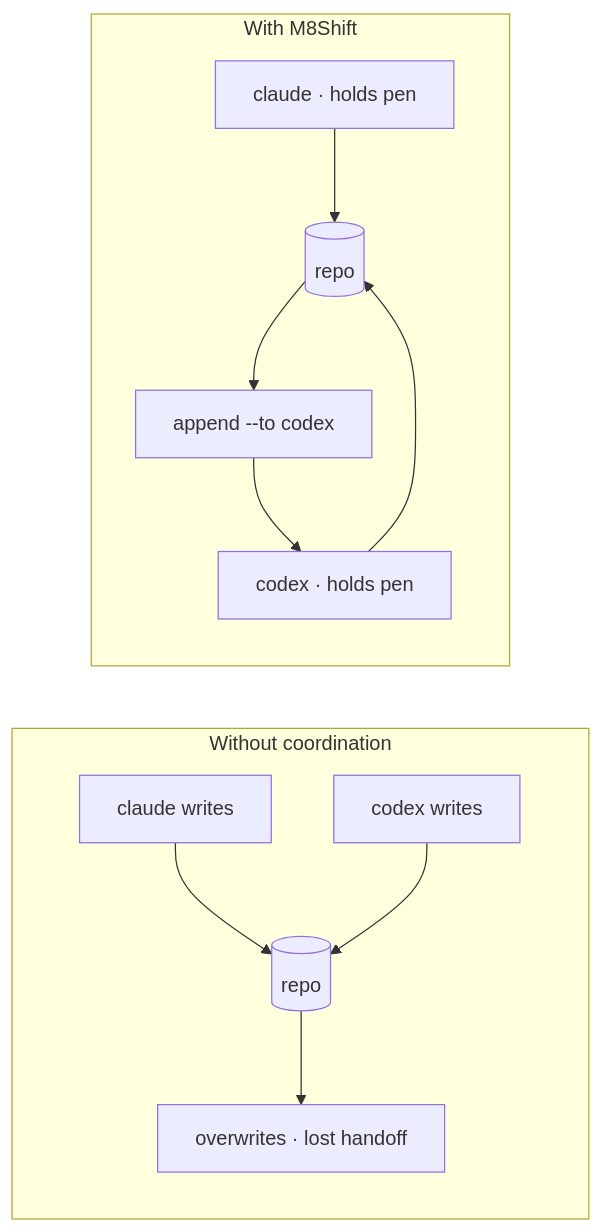
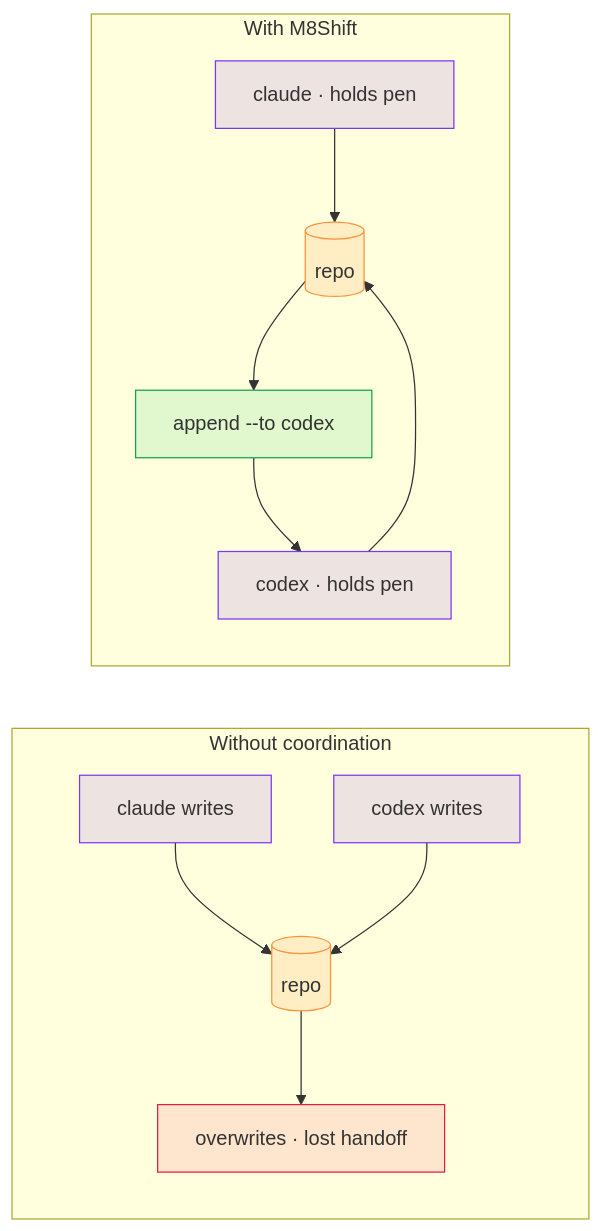
The diagram in docs/guide/why.md (M8Shift/m8shift.github.io), drawn with Mermaid before and after one commit. The commit also changed other lines of this file and 31 other files, not shown here.

First line of the commit message:
Colorize diagrams and add Mermaid illustrations across the site (EN + FR)

````diff
--- a/docs/guide/why.md
+++ b/docs/guide/why.md
@@ -18,15 +18,23 @@
 ```mermaid
 flowchart LR
     subgraph Without["Without coordination"]
         direction TB
         a1["claude writes"] --> f[("repo")]
         a2["codex writes"] --> f
         f --> coll["overwrites · lost handoff"]
     end
     subgraph With["With M8Shift"]
         direction TB
         b1["claude · holds pen"] --> r[("repo")]
         r --> hb["append --to codex"]
         hb --> b2["codex · holds pen"] --> r
     end
+    classDef agent fill:#7c3aed22,stroke:#7c3aed;
+    classDef ok fill:#22c55e22,stroke:#16a34a;
+    classDef bad fill:#f43f5e22,stroke:#e11d48;
+    classDef store fill:#ff7a1822,stroke:#fb923c;
+    class a1,a2,b1,b2 agent;
+    class f,r store;
+    class coll bad;
+    class hb ok;
 ```
````
